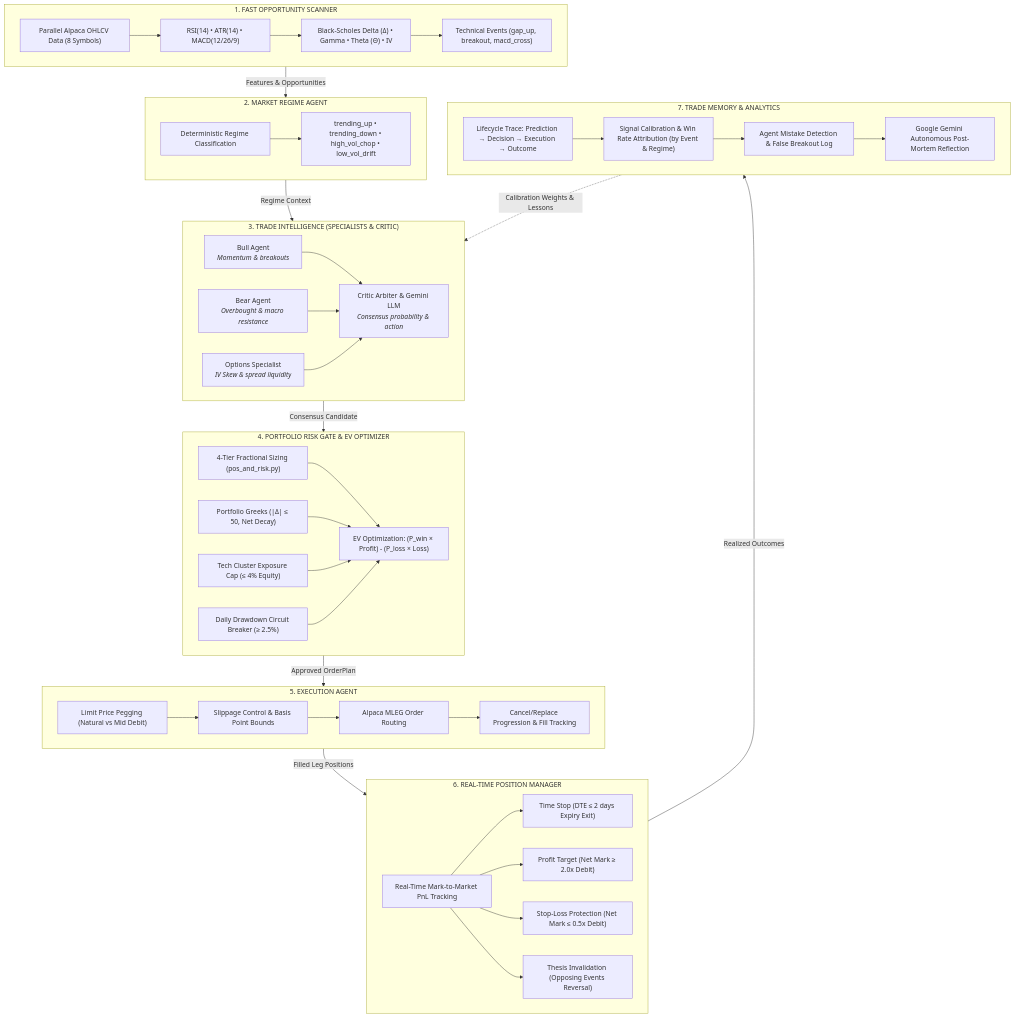
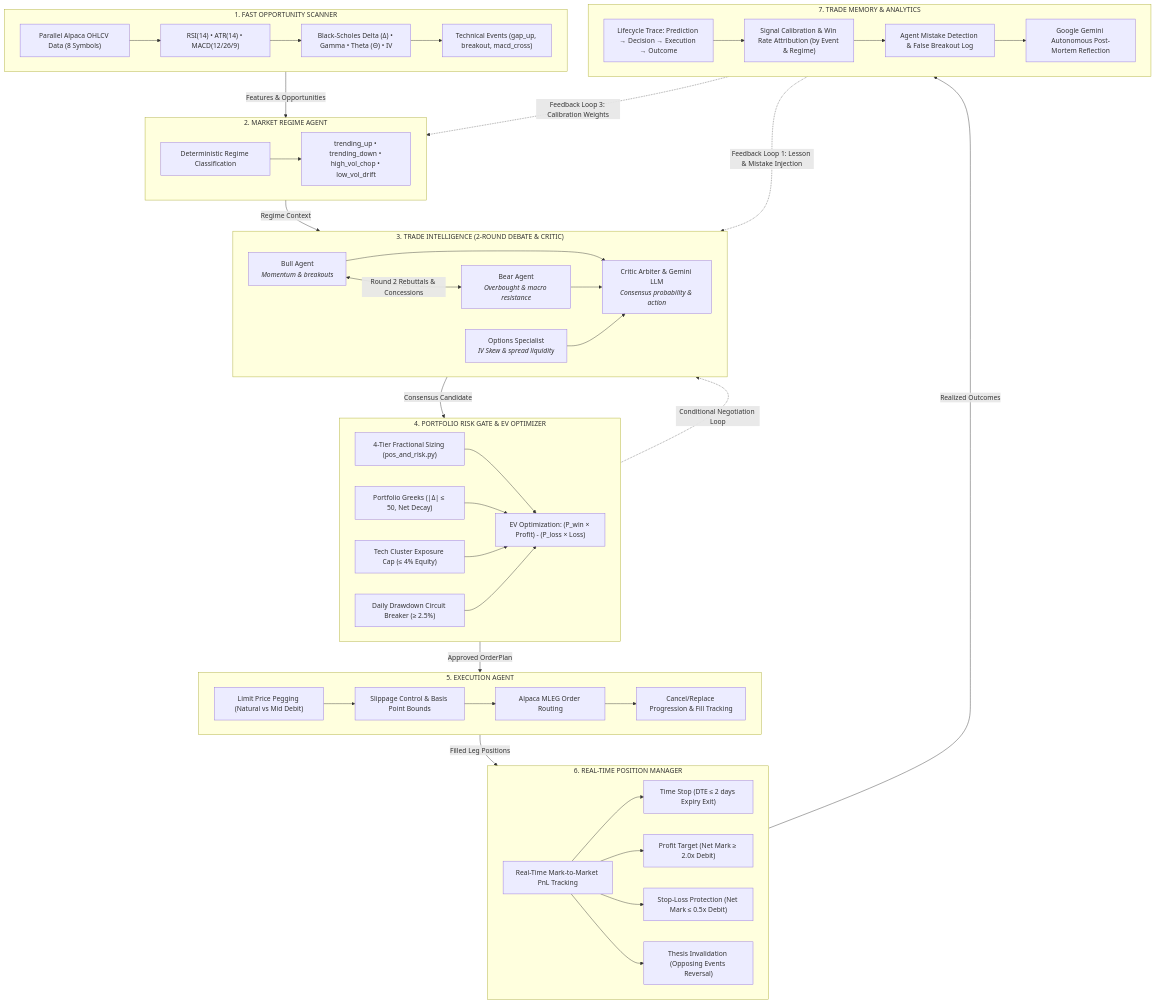
One commit to maria2469/Alpaca-Ai-Hackathon changed the diagram in README.md. Above: the diagram before and after it, drawn with Mermaid. The commit also changed other lines of this file and 9 other files, not shown here.

Commit message:
Added feedback loop and negotiation loop

````diff
--- a/README.md
+++ b/README.md
@@ -11,66 +12,69 @@
 ```mermaid
 flowchart TD
     subgraph S1["1. FAST OPPORTUNITY SCANNER"]
         S_DATA["Parallel Alpaca OHLCV Data (8 Symbols)"]
         S_IND["RSI(14) • ATR(14) • MACD(12/26/9)"]
         S_GREEK["Black-Scholes Delta (Δ) • Gamma • Theta (Θ) • IV"]
         S_EVT["Technical Events (gap_up, breakout, macd_cross)"]
         S_DATA --> S_IND --> S_GREEK --> S_EVT
     end
 
     subgraph S2["2. MARKET REGIME AGENT"]
         R_CLASS["Deterministic Regime Classification"]
         R_TYPES["trending_up • trending_down • high_vol_chop • low_vol_drift"]
         R_CLASS --> R_TYPES
     end
 
-    subgraph S3["3. TRADE INTELLIGENCE (SPECIALISTS & CRITIC)"]
+    subgraph S3["3. TRADE INTELLIGENCE (2-ROUND DEBATE & CRITIC)"]
         BULL["Bull Agent<br/><i>Momentum & breakouts</i>"]
         BEAR["Bear Agent<br/><i>Overbought & macro resistance</i>"]
         OPT["Options Specialist<br/><i>IV Skew & spread liquidity</i>"]
         CRITIC["Critic Arbiter & Gemini LLM<br/><i>Consensus probability & action</i>"]
+        BULL <-->|Round 2 Rebuttals & Concessions| BEAR
         BULL & BEAR & OPT --> CRITIC
     end
 
     subgraph S4["4. PORTFOLIO RISK GATE & EV OPTIMIZER"]
         RG_SIZING["4-Tier Fractional Sizing (pos_and_risk.py)"]
         RG_GREEKS["Portfolio Greeks (|Δ| ≤ 50, Net Decay)"]
         RG_CLUSTER["Tech Cluster Exposure Cap (≤ 4% Equity)"]
         RG_CIRCUIT["Daily Drawdown Circuit Breaker (≥ 2.5%)"]
         RG_EV["EV Optimization: (P_win × Profit) - (P_loss × Loss)"]
         RG_SIZING & RG_GREEKS & RG_CLUSTER & RG_CIRCUIT --> RG_EV
     end
 
     subgraph S5["5. EXECUTION AGENT"]
         EX_PEG["Limit Price Pegging (Natural vs Mid Debit)"]
         EX_SLIP["Slippage Control & Basis Point Bounds"]
         EX_ROUTE["Alpaca MLEG Order Routing"]
         EX_FILL["Cancel/Replace Progression & Fill Tracking"]
         EX_PEG --> EX_SLIP --> EX_ROUTE --> EX_FILL
     end
 
     subgraph S6["6. REAL-TIME POSITION MANAGER"]
         PM_PNL["Real-Time Mark-to-Market PnL Tracking"]
         PM_DTE["Time Stop (DTE ≤ 2 days Expiry Exit)"]
         PM_TP["Profit Target (Net Mark ≥ 2.0x Debit)"]
         PM_STOP["Stop-Loss Protection (Net Mark ≤ 0.5x Debit)"]
         PM_REV["Thesis Invalidation (Opposing Events Reversal)"]
         PM_PNL --> PM_DTE & PM_TP & PM_STOP & PM_REV
     end
 
     subgraph S7["7. TRADE MEMORY & ANALYTICS"]
         TM_TRACE["Lifecycle Trace: Prediction → Decision → Execution → Outcome"]
         TM_CALIB["Signal Calibration & Win Rate Attribution (by Event & Regime)"]
         TM_MISTAKE["Agent Mistake Detection & False Breakout Log"]
         TM_LLM["Google Gemini Autonomous Post-Mortem Reflection"]
         TM_TRACE --> TM_CALIB --> TM_MISTAKE --> TM_LLM
     end
 
     S1 -->|Features & Opportunities| S2
     S2 -->|Regime Context| S3
     S3 -->|Consensus Candidate| S4
     S4 -->|Approved OrderPlan| S5
+    S4 -.->|Conditional Negotiation Loop| S3
     S5 -->|Filled Leg Positions| S6
     S6 -->|Realized Outcomes| S7
-    S7 -.->|Calibration Weights & Lessons| S3
+    S7 -.->|Feedback Loop 1: Lesson & Mistake Injection| S3
+    S7 -.->|Feedback Loop 3: Calibration Weights| S2
 ```
````
